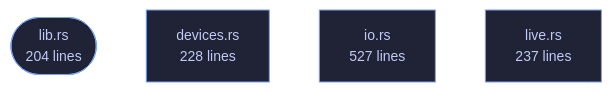
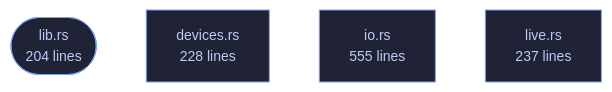
One commit to tilas01/veilvoice changed the diagram in crates/veilvoice-audio/README.md. Above: the diagram before and after it, drawn with Mermaid. The commit also changed other lines of this file and 61 other files, not shown here.

````diff
--- a/crates/veilvoice-audio/README.md
+++ b/crates/veilvoice-audio/README.md
@@ -59,8 +59,8 @@
 ```mermaid
 %%{init: {"theme":"base","themeVariables":{"background":"#1a1b26","primaryColor":"#1f2335","primaryTextColor":"#c0caf5","primaryBorderColor":"#7aa2f7","secondaryColor":"#16161e","tertiaryColor":"#16161e","lineColor":"#565f89","textColor":"#c0caf5","mainBkg":"#1f2335","nodeBorder":"#7aa2f7","clusterBkg":"#16161e","clusterBorder":"#2f3549","fontFamily":"ui-monospace, SFMono-Regular, Consolas, monospace","fontSize":"14px"}}}%%
 flowchart TD
     n_lib(["lib.rs<br/>204 lines"])
     n_devices["devices.rs<br/>228 lines"]
-    n_io["io.rs<br/>527 lines"]
+    n_io["io.rs<br/>555 lines"]
     n_live["live.rs<br/>237 lines"]
 ```
````
